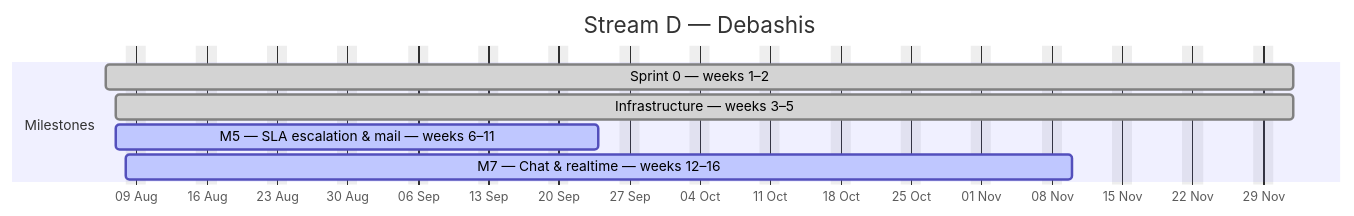
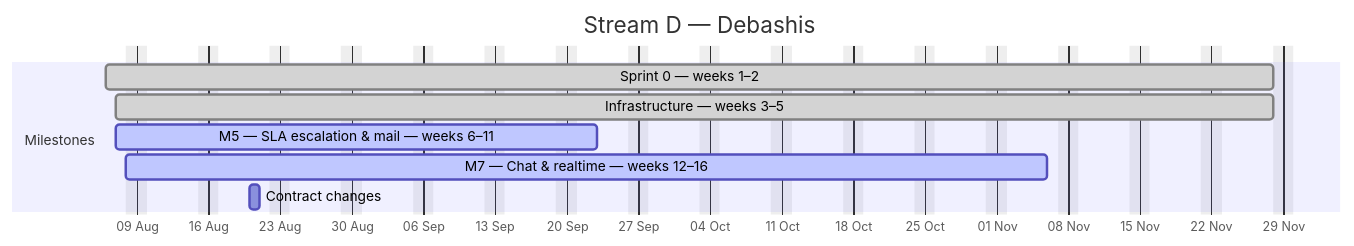
The fourth of 4 diagrams in docs/plan/GANTT.md (debashisedunext/EduTrack), drawn with Mermaid before and after one commit. The commit also changed other lines of this file and 9 other files, not shown here.

````diff
--- a/docs/plan/GANTT.md
+++ b/docs/plan/GANTT.md
@@ -167,12 +171,13 @@
 ```mermaid
 gantt
     dateFormat YYYY-MM-DD
     axisFormat %d %b
     title Stream D — Debashis
     excludes weekends
     section Milestones
-    Sprint 0 — weeks 1–2 :done, d0, 2026-08-06, 84d
-    Infrastructure — weeks 3–5 :done, d1, 2026-08-07, 83d
-    M5 — SLA  escalation & mail — weeks 6–11 :active, d2, 2026-08-07, 34d
-    M7 — Chat & realtime — weeks 12–16 :active, d3, 2026-08-08, 67d
+    Sprint 0 — weeks 1–2 :done, d0, 2026-08-06, 82d
+    Infrastructure — weeks 3–5 :done, d1, 2026-08-07, 81d
+    M5 — SLA  escalation & mail — weeks 6–11 :active, d2, 2026-08-07, 33d
+    M7 — Chat & realtime — weeks 12–16 :active, d3, 2026-08-08, 65d
+    Contract changes :d4, 2026-08-20, 1d
 ```
````
